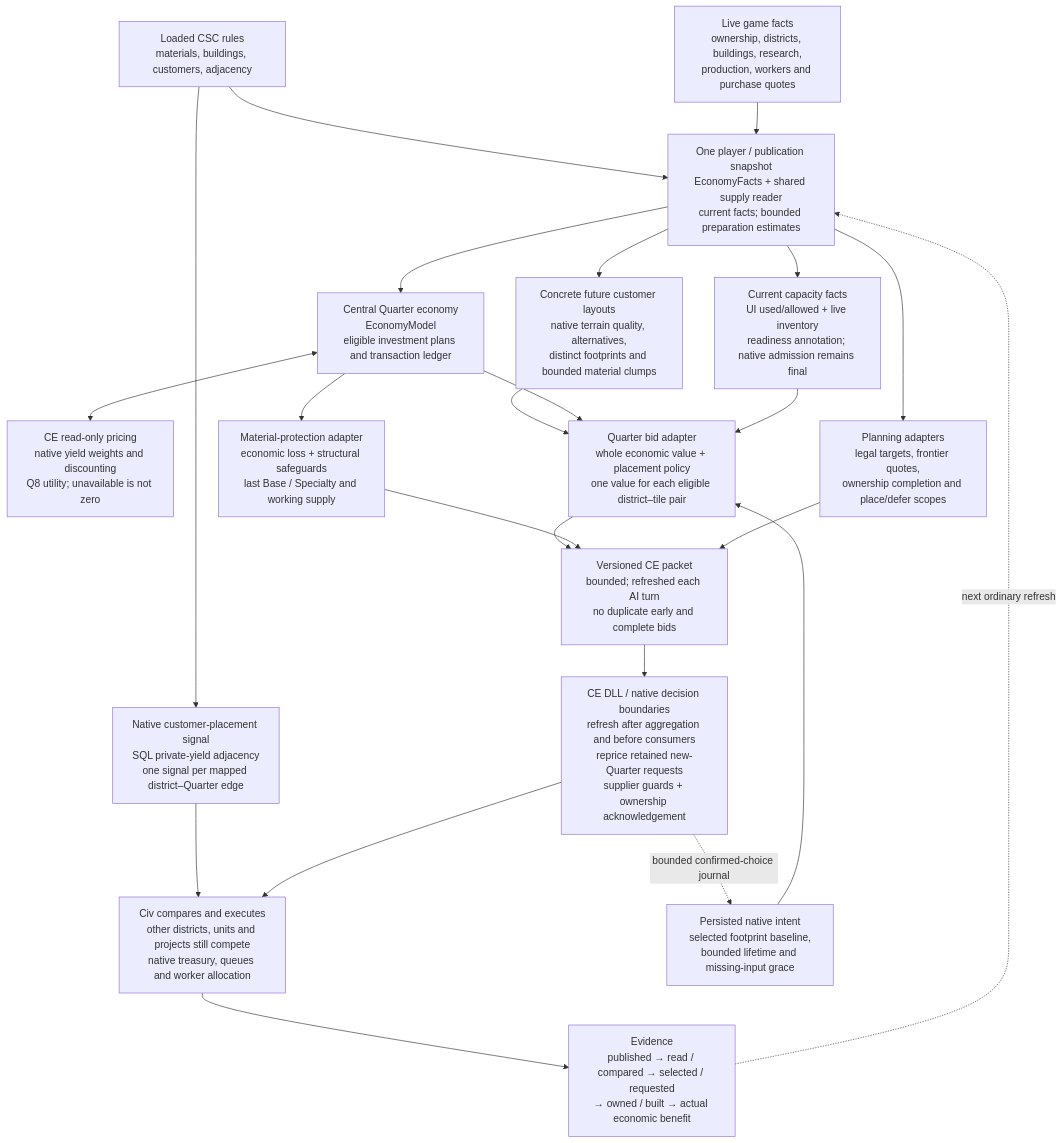
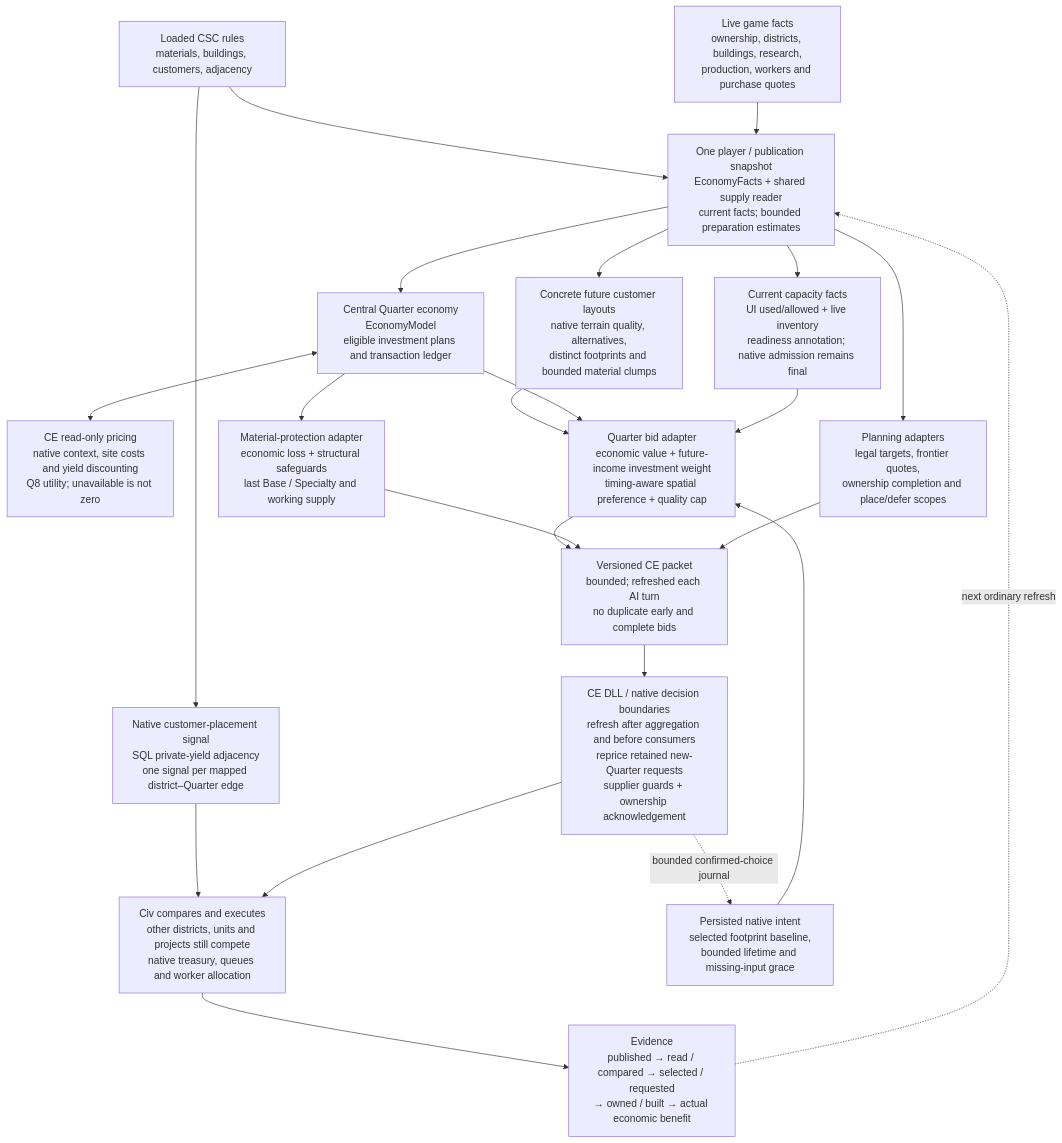
The diagram in project/docs/civ6-ai/architecture.md (hennogous/Henno-Mods), drawn with Mermaid before and after one commit. The commit also changed other lines of this file and 12 other files, not shown here.

Commit message:
Document native Quarter calibration and predeclare fresh Continents validation

````diff
--- a/project/docs/civ6-ai/architecture.md
+++ b/project/docs/civ6-ai/architecture.md
@@ -67,39 +77,39 @@
 ```mermaid
 flowchart TD
     DB["Loaded CSC rules<br/>materials, buildings, customers, adjacency"]
     LIVE["Live game facts<br/>ownership, districts, buildings, research,<br/>production, workers and purchase quotes"]
     FACTS["One player / publication snapshot<br/>EconomyFacts + shared supply reader<br/>current facts; bounded preparation estimates"]
     MODEL["Central Quarter economy<br/>EconomyModel<br/>eligible investment plans and transaction ledger"]
-    PRICE["CE read-only pricing<br/>native yield weights and discounting<br/>Q8 utility; unavailable is not zero"]
-    SITE["Quarter bid adapter<br/>whole economic value + placement policy<br/>one value for each eligible district–tile pair"]
+    PRICE["CE read-only pricing<br/>native context, site costs and yield discounting<br/>Q8 utility; unavailable is not zero"]
+    SITE["Quarter bid adapter<br/>economic value + future-income investment weight<br/>timing-aware spatial preference + quality cap"]
     CAP["Current capacity facts<br/>UI used/allowed + live inventory<br/>readiness annotation; native admission remains final"]
     PROTECT["Material-protection adapter<br/>economic loss + structural safeguards<br/>last Base / Specialty and working supply"]
     PLAN["Planning adapters<br/>legal targets, frontier quotes,<br/>ownership completion and place/defer scopes"]
     SQL["Native customer-placement signal<br/>SQL private-yield adjacency<br/>one signal per mapped district–Quarter edge"]
     PACKET["Versioned CE packet<br/>bounded; refreshed each AI turn<br/>no duplicate early and complete bids"]
     CE["CE DLL / native decision boundaries<br/>refresh after aggregation and before consumers<br/>reprice retained new-Quarter requests<br/>supplier guards + ownership acknowledgement"]
     CIV["Civ compares and executes<br/>other districts, units and projects still compete<br/>native treasury, queues and worker allocation"]
     OBS["Evidence<br/>published → read / compared → selected / requested<br/>→ owned / built → actual economic benefit"]
     DB --> FACTS
     LIVE --> FACTS
     FACTS --> MODEL
     FACTS --> SPATIAL["Concrete future customer layouts<br/>native terrain quality, alternatives,<br/>distinct footprints and bounded material clumps"]
     SPATIAL --> SITE
     MODEL <--> PRICE
     MODEL --> SITE
     CE -. "bounded confirmed-choice journal" .-> INTENT["Persisted native intent<br/>selected footprint baseline,<br/>bounded lifetime and missing-input grace"]
     INTENT --> SITE
     FACTS --> CAP
     CAP --> SITE
     MODEL --> PROTECT
     FACTS --> PLAN
     DB --> SQL
     SITE --> PACKET
     PROTECT --> PACKET
     PLAN --> PACKET
     PACKET --> CE
     SQL --> CIV
     CE --> CIV
     CIV --> OBS
     OBS -. "next ordinary refresh" .-> FACTS
 ```
````
